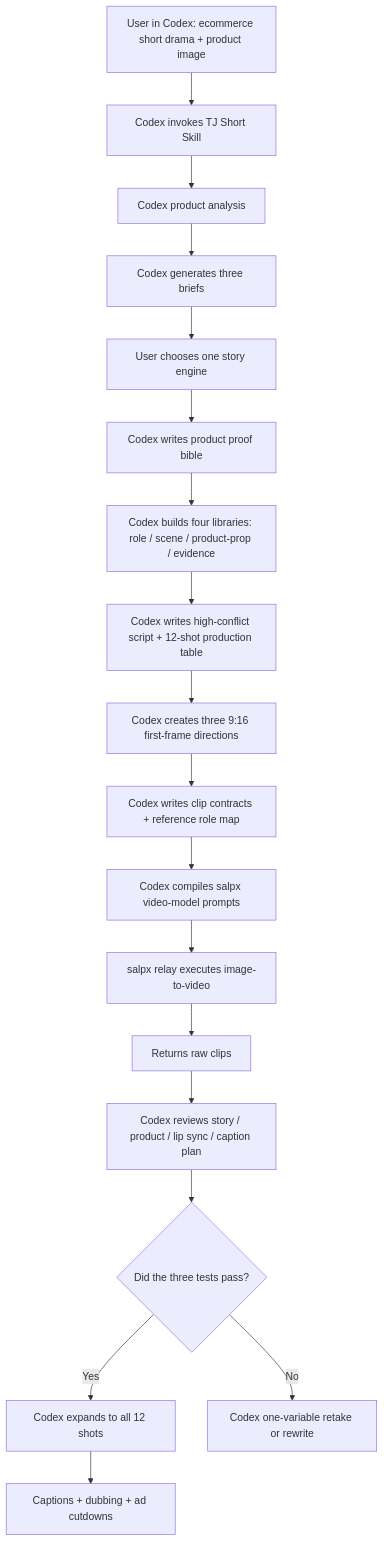
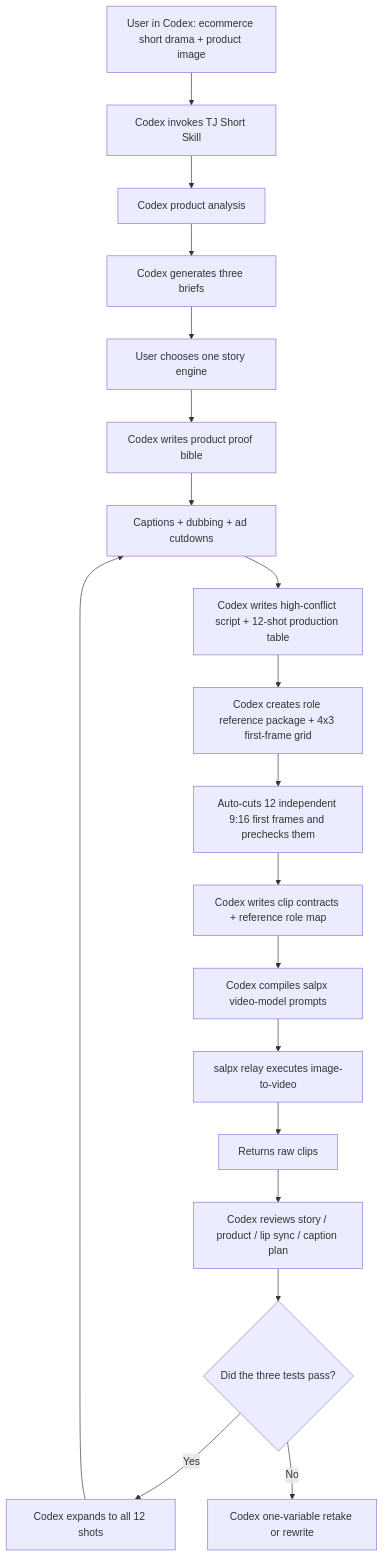
Before and after one commit to tttg2010/tj-short: the diagram in README.en.md, drawn with Mermaid. The commit also changed other lines of this file and 1 other file, not shown here.

````diff
--- a/README.en.md
+++ b/README.en.md
@@ -169,20 +169,21 @@
 ```mermaid
 flowchart TD
   A["User in Codex: ecommerce short drama + product image"] --> B["Codex invokes TJ Short Skill"]
   B --> C["Codex product analysis"]
   C --> D["Codex generates three briefs"]
   D --> E["User chooses one story engine"]
   E --> F["Codex writes product proof bible"]
   F --> R["Codex builds four libraries: role / scene / product-prop / evidence"]
   R --> G["Codex writes high-conflict script + 12-shot production table"]
-  G --> H["Codex creates three 9:16 first-frame directions"]
-  H --> I["Codex writes clip contracts + reference role map"]
-  I --> J["Codex compiles salpx video-model prompts"]
-  J --> K["salpx relay executes image-to-video"]
-  K --> L["Returns raw clips"]
-  L --> M["Codex reviews story / product / lip sync / caption plan"]
-  M --> N{"Did the three tests pass?"}
-  N -- "Yes" --> O["Codex expands to all 12 shots"]
-  N -- "No" --> P["Codex one-variable retake or rewrite"]
-  O --> Q["Captions + dubbing + ad cutdowns"]
+  G --> H["Codex creates role reference package + 4x3 first-frame grid"]
+  H --> I["Auto-cuts 12 independent 9:16 first frames and prechecks them"]
+  I --> J["Codex writes clip contracts + reference role map"]
+  J --> K["Codex compiles salpx video-model prompts"]
+  K --> L["salpx relay executes image-to-video"]
+  L --> M["Returns raw clips"]
+  M --> N["Codex reviews story / product / lip sync / caption plan"]
+  N --> O{"Did the three tests pass?"}
+  O -- "Yes" --> P["Codex expands to all 12 shots"]
+  O -- "No" --> Q["Codex one-variable retake or rewrite"]
+  P --> R["Captions + dubbing + ad cutdowns"]
 ```
````
